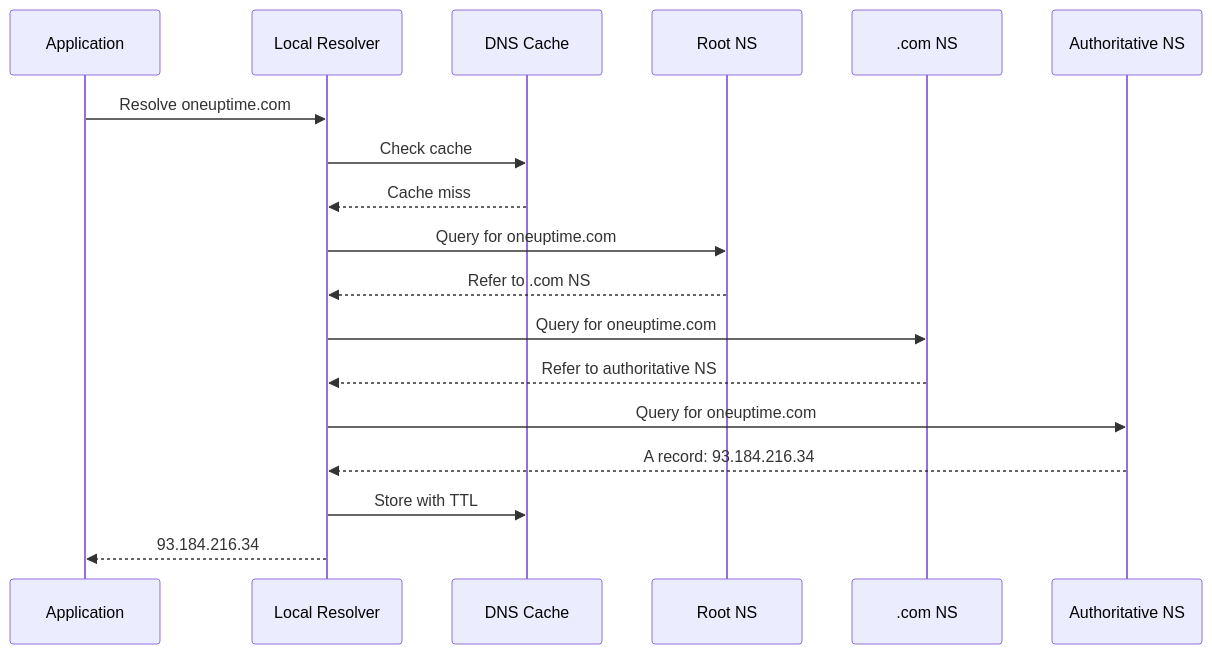
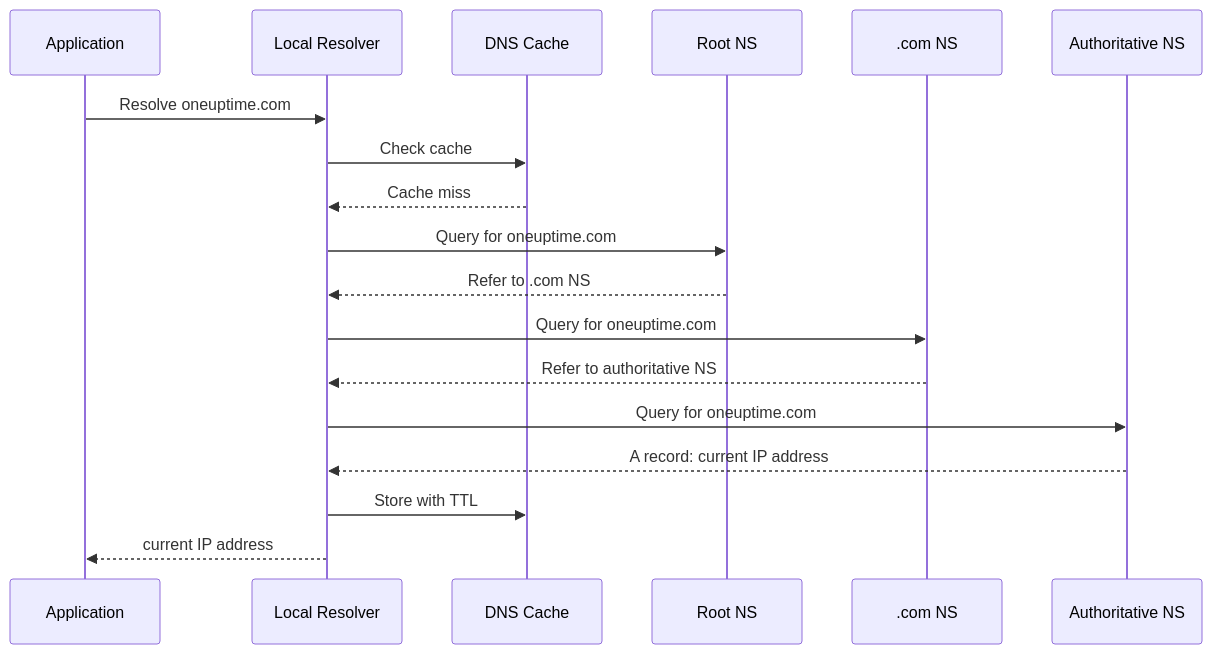
Before and after one commit to OneUptime/blog: the second of 3 diagrams in posts/2026-02-20-linux-networking-tools/README.md, drawn with Mermaid. The commit also changed other lines of this file and 2 other files, not shown here.

````diff
--- a/posts/2026-02-20-linux-networking-tools/README.md
+++ b/posts/2026-02-20-linux-networking-tools/README.md
@@ -146,21 +147,21 @@
 ```mermaid
 sequenceDiagram
     participant App as Application
     participant Res as Local Resolver
     participant Cache as DNS Cache
     participant Root as Root NS
     participant TLD as .com NS
     participant Auth as Authoritative NS
 
     App->>Res: Resolve oneuptime.com
     Res->>Cache: Check cache
     Cache-->>Res: Cache miss
     Res->>Root: Query for oneuptime.com
     Root-->>Res: Refer to .com NS
     Res->>TLD: Query for oneuptime.com
     TLD-->>Res: Refer to authoritative NS
     Res->>Auth: Query for oneuptime.com
-    Auth-->>Res: A record: 93.184.216.34
+    Auth-->>Res: A record: current IP address
     Res->>Cache: Store with TTL
-    Res-->>App: 93.184.216.34
+    Res-->>App: current IP address
 ```
````
